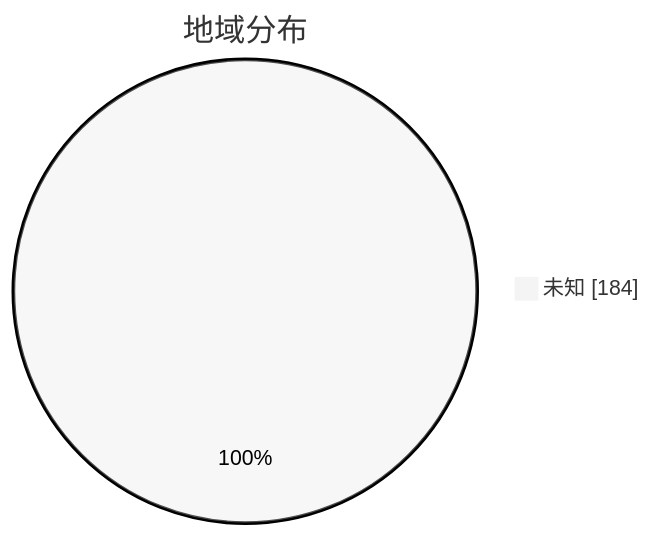
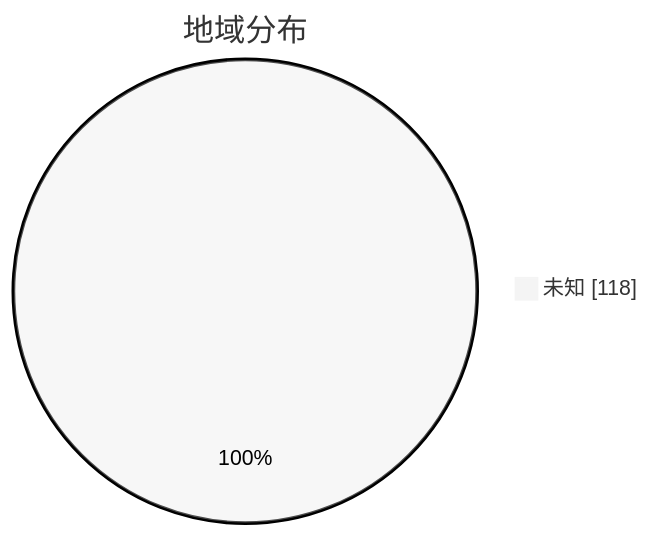
Before and after one commit to qjlxg/airport: the second of 3 diagrams in subs/statistics/tested_within.md, drawn with Mermaid (neutral theme). The commit also changed other lines of this file and 2 other files, not shown here.

````diff
--- a/subs/statistics/tested_within.md
+++ b/subs/statistics/tested_within.md
@@ -12,5 +12,5 @@
 ```mermaid
 pie showData
 title 地域分布
-"未知" : 184
+"未知" : 118
 ```
````
